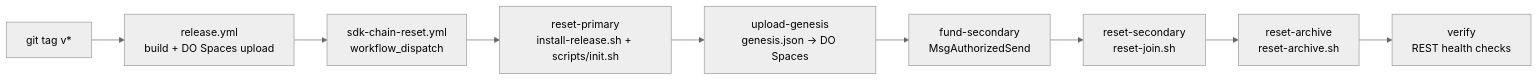
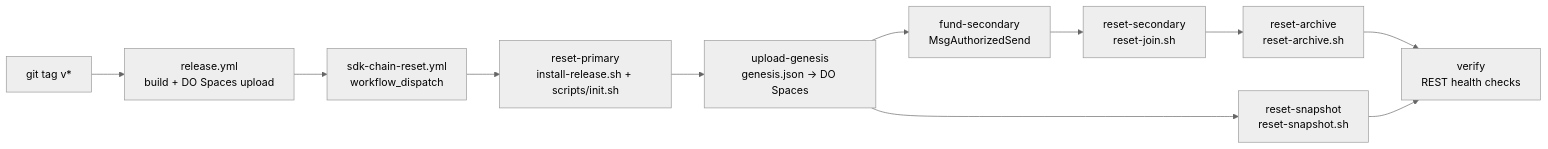
Before and after one commit to valargroup/vote-sdk: the diagram in docs/runbooks/genesis-setup.md, drawn with Mermaid (neutral theme). The commit also changed other lines of this file and 5 other files, not shown here.

````diff
--- a/docs/runbooks/genesis-setup.md
+++ b/docs/runbooks/genesis-setup.md
@@ -9,11 +9,13 @@
 ```mermaid
 flowchart LR
     tag["git tag v*"] --> release["release.yml\nbuild + DO Spaces upload"]
     release --> reset["sdk-chain-reset.yml\nworkflow_dispatch"]
     reset --> resetPrimary["reset-primary\ninstall-release.sh + scripts/init.sh"]
     resetPrimary --> uploadGenesis["upload-genesis\ngenesis.json -> DO Spaces"]
     uploadGenesis --> fundSecondary["fund-secondary\nMsgAuthorizedSend"]
     fundSecondary --> resetSecondary["reset-secondary\nreset-join.sh"]
+    uploadGenesis --> resetSnapshot["reset-snapshot\nreset-snapshot.sh"]
     resetSecondary --> resetArchive["reset-archive\nreset-archive.sh"]
     resetArchive --> verify["verify\nREST health checks"]
+    resetSnapshot --> verify
 ```
````
